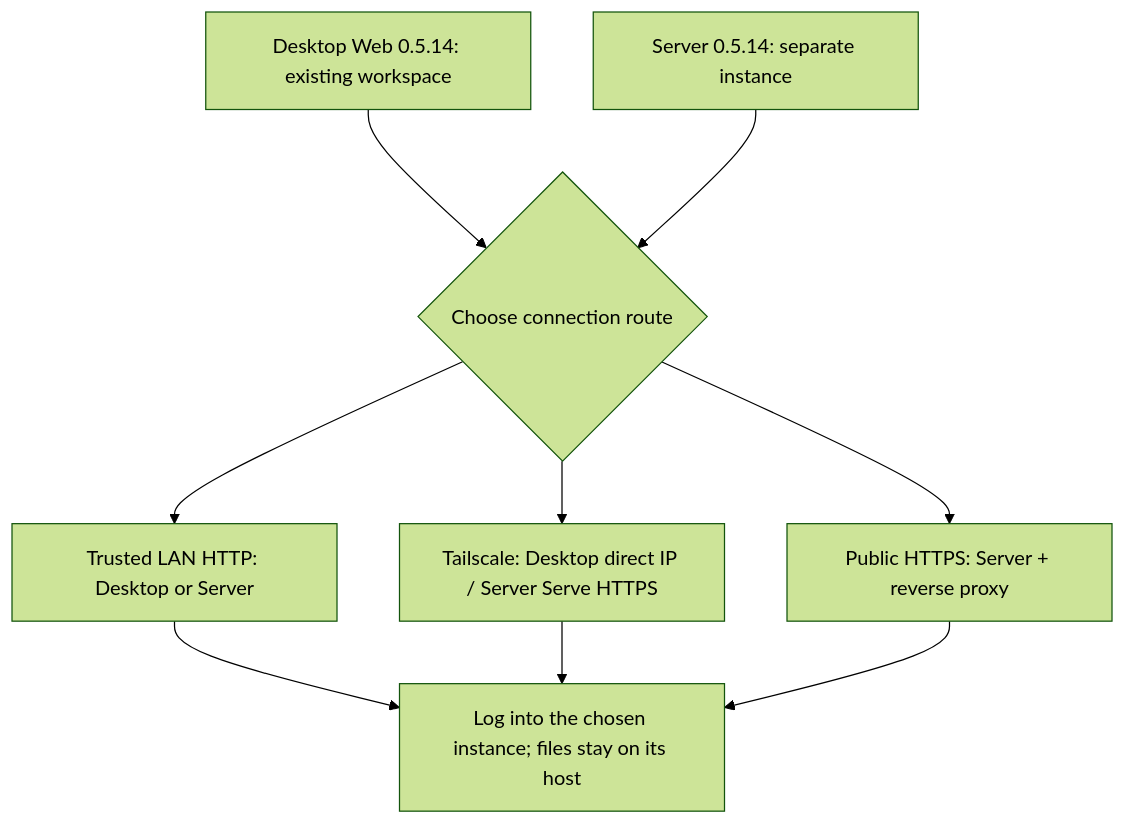
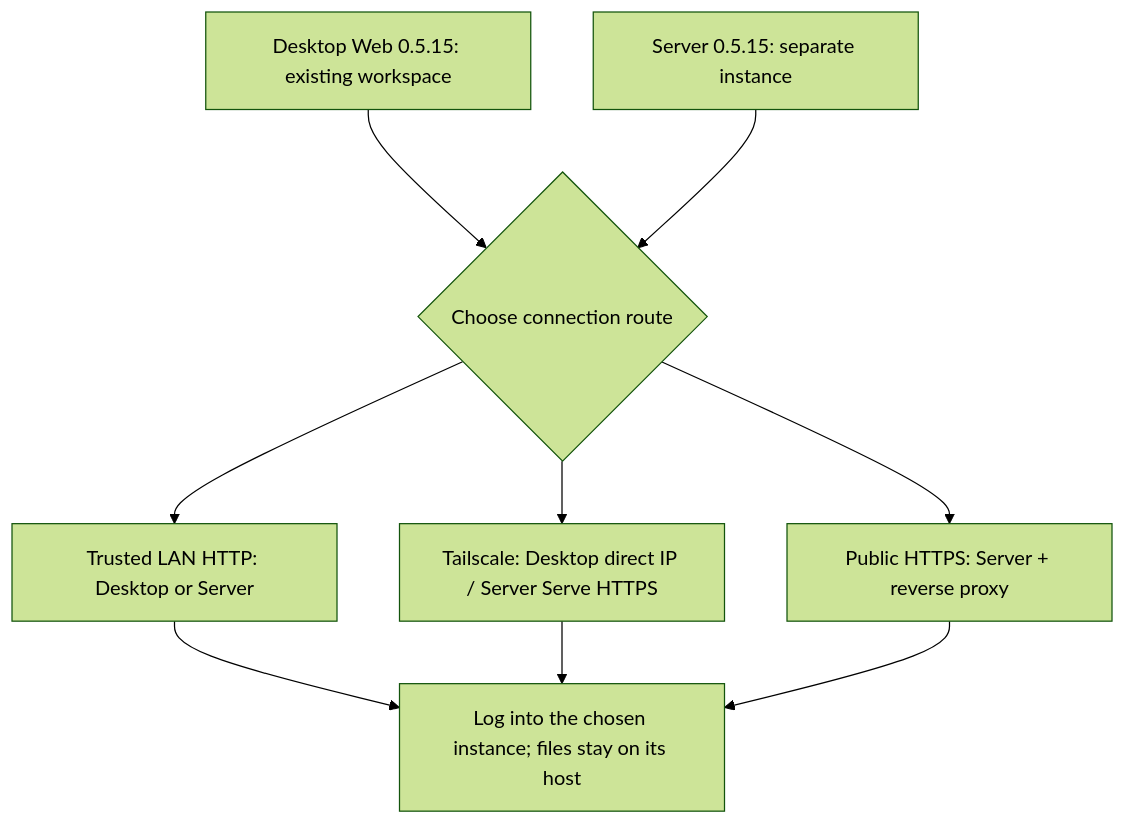
Before and after one commit to murray17/rovai-ai: the diagram in website/site/public/assets/diagrams/deployment-choice-en.mmd, drawn with Mermaid (forest theme). The commit also changed 10 other files, not shown here.

```diff
--- a/website/site/public/assets/diagrams/deployment-choice-en.mmd
+++ b/website/site/public/assets/diagrams/deployment-choice-en.mmd
@@ -1,12 +1,12 @@
 flowchart TB
-  desktop["Desktop Web 0.5.14: existing workspace"]
-  server["Server 0.5.14: separate instance"]
+  desktop["Desktop Web 0.5.15: existing workspace"]
+  server["Server 0.5.15: separate instance"]
   choice{"Choose connection route"}
   desktop --> choice
   server --> choice
   choice --> lan["Trusted LAN HTTP: Desktop or Server"]
   choice --> ts["Tailscale: Desktop direct IP / Server Serve HTTPS"]
   choice --> public["Public HTTPS: Server + reverse proxy"]
   lan --> login["Log into the chosen instance; files stay on its host"]
   ts --> login
   public --> login
```
